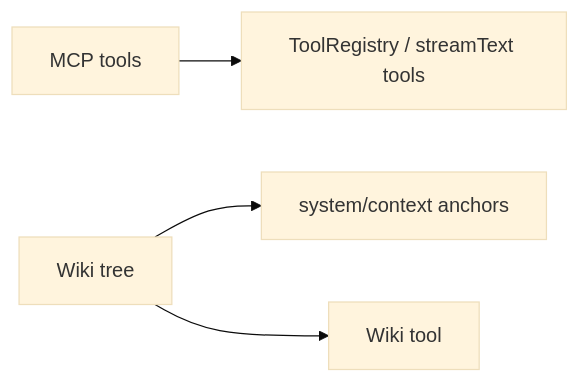
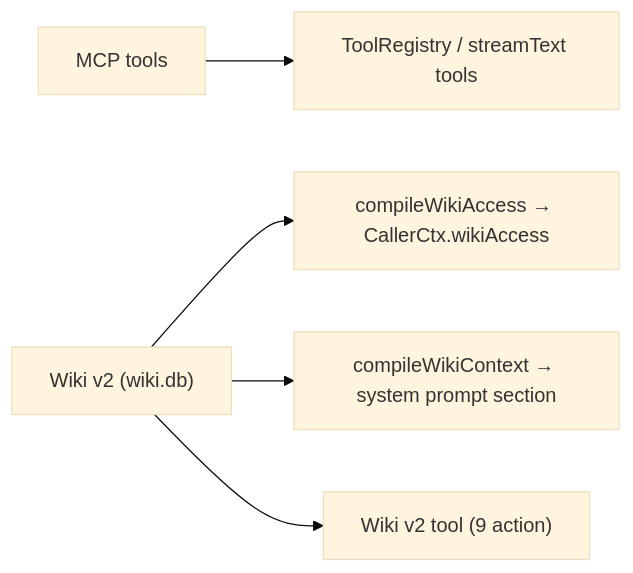
The second of 2 diagrams in docs/arch/06-knowledge-subsystems.md (LanicBlue/zero-core), drawn with Mermaid (base theme) before and after one commit. The commit also changed other lines of this file and 64 other files, not shown here.

First line of the commit message:
docs(wiki-system-redesign): P1-7 arch docs 只描述 v2 + 加固 link checker + regen code-graph(acceptance review)

````diff
--- a/docs/arch/06-knowledge-subsystems.md
+++ b/docs/arch/06-knowledge-subsystems.md
@@ -308,6 +111,7 @@
 ```mermaid
 graph LR
     MCP["MCP tools"] --> Tools["ToolRegistry / streamText tools"]
-    Wiki["Wiki tree"] --> Anchors["system/context anchors"]
-    Wiki --> WikiTool["Wiki tool"]
+    Wiki["Wiki v2 (wiki.db)"] --> Grants["compileWikiAccess → CallerCtx.wikiAccess"]
+    Wiki --> Context["compileWikiContext → system prompt section"]
+    Wiki --> WikiTool["Wiki v2 tool (9 action)"]
 ```
````
